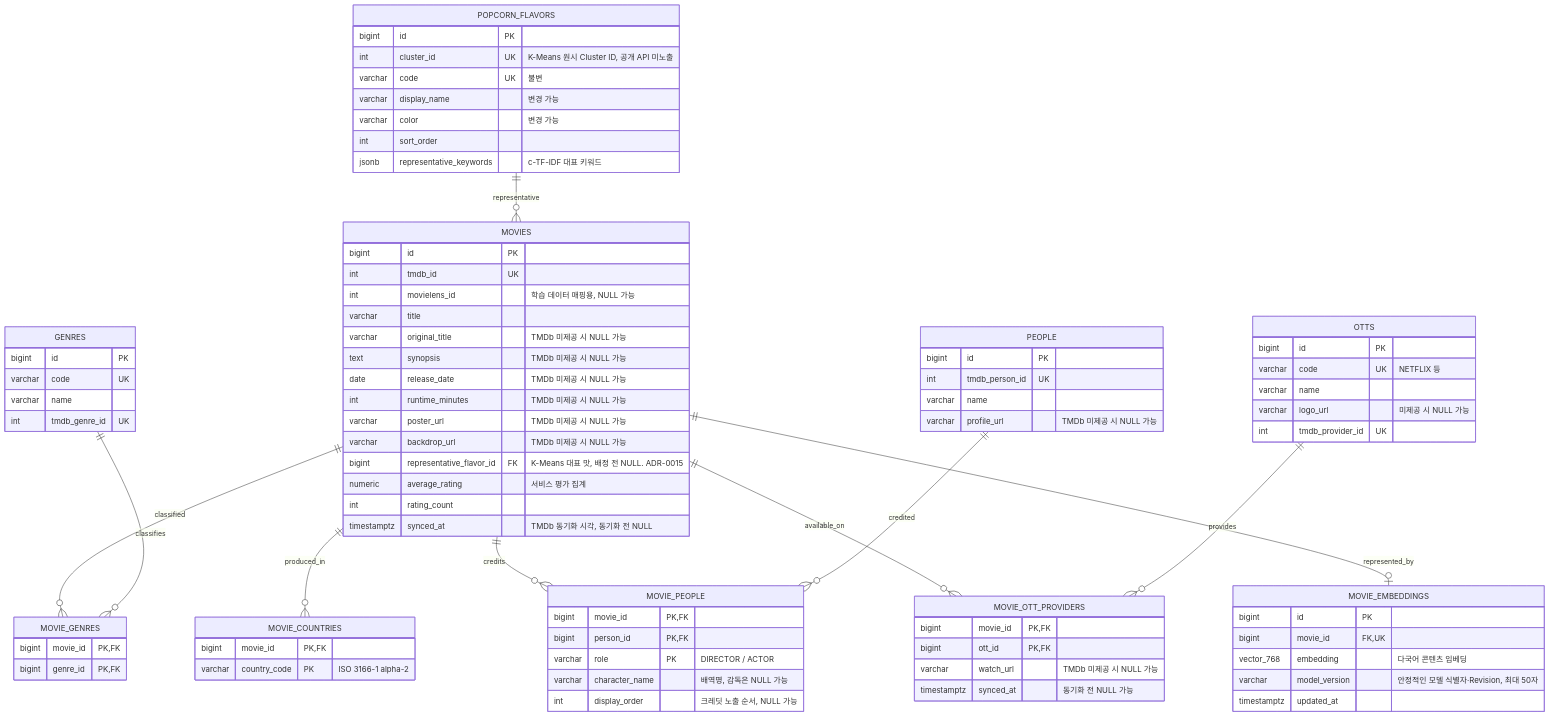
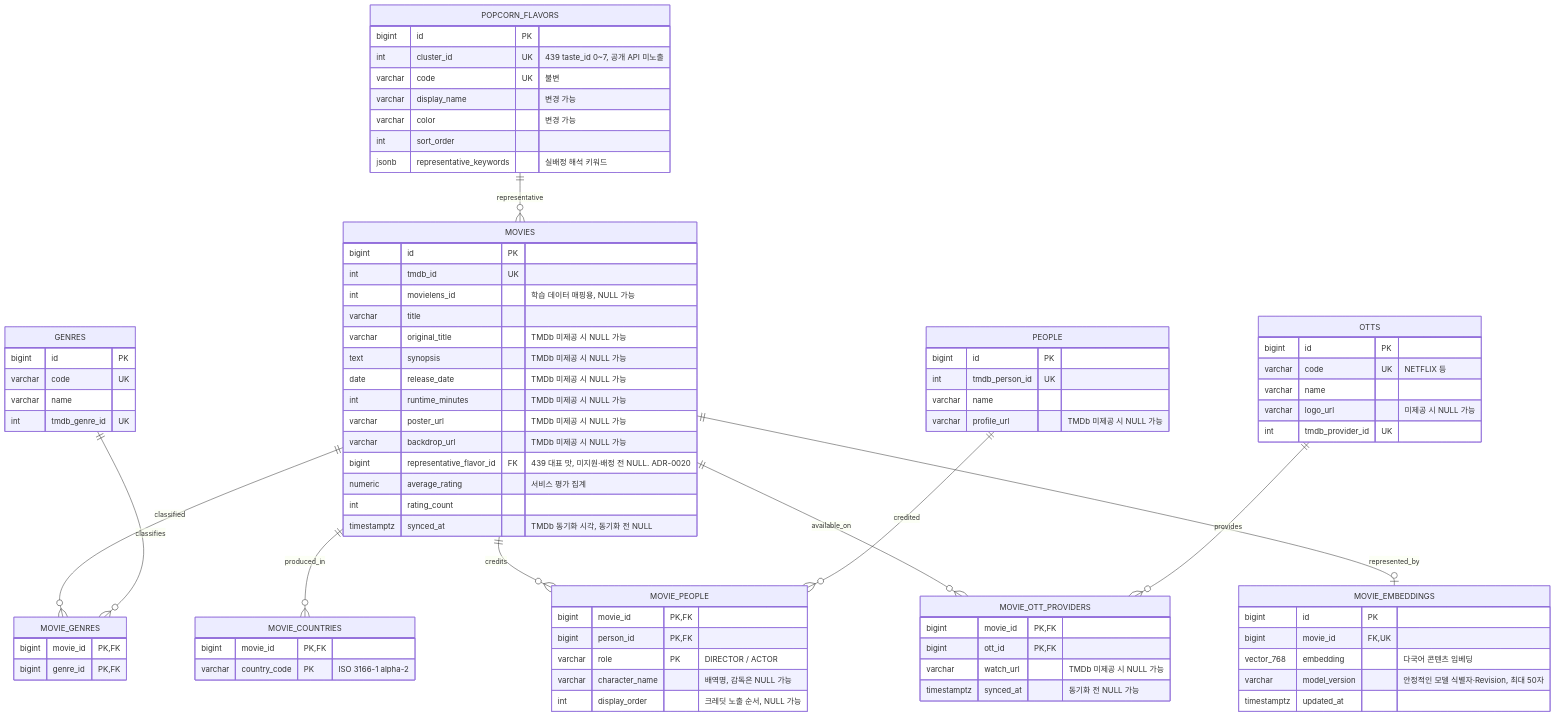
The third of 8 diagrams in docs/erd.md (koongya-studio/feelm), drawn with Mermaid before and after one commit. The commit also changed other lines of this file and 65 other files, not shown here.

```diff
--- a/docs/erd.md
+++ b/docs/erd.md
@@ -130,7 +130,7 @@
         int runtime_minutes "TMDb 미제공 시 NULL 가능"
         varchar poster_url "TMDb 미제공 시 NULL 가능"
         varchar backdrop_url "TMDb 미제공 시 NULL 가능"
-        bigint representative_flavor_id FK "K-Means 대표 맛, 배정 전 NULL. ADR-0015"
+        bigint representative_flavor_id FK "439 대표 맛, 미지원·배정 전 NULL. ADR-0020"
         numeric average_rating "서비스 평가 집계"
         int rating_count
         timestamptz synced_at "TMDb 동기화 시각, 동기화 전 NULL"
@@ -184,12 +184,12 @@
     }
     POPCORN_FLAVORS {
         bigint id PK
-        int cluster_id UK "K-Means 원시 Cluster ID, 공개 API 미노출"
+        int cluster_id UK "439 taste_id 0~7, 공개 API 미노출"
         varchar code UK "불변"
         varchar display_name "변경 가능"
         varchar color "변경 가능"
         int sort_order
-        jsonb representative_keywords "c-TF-IDF 대표 키워드"
+        jsonb representative_keywords "실배정 해석 키워드"
     }
 
     MOVIES ||--o{ MOVIE_GENRES : classified
```
